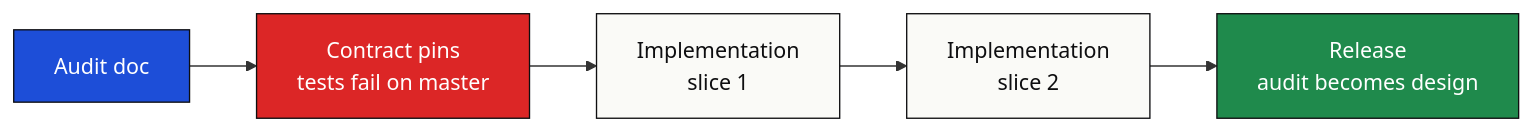
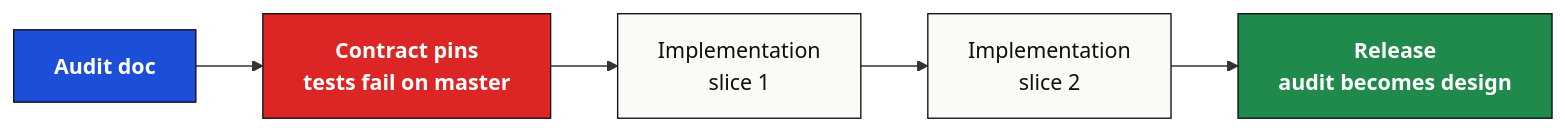
The ninth of 9 diagrams in site_docs/architecture/index.md (MuteJester/GenAIRR), drawn with Mermaid before and after one commit. The commit also changed other lines of this file and 1 other file, not shown here.

First line of the commit message:
mermaid: fix unreadable dark text on dark fills

````diff
--- a/site_docs/architecture/index.md
+++ b/site_docs/architecture/index.md
@@ -403,13 +427,17 @@
 ```mermaid
 flowchart LR
   A[Audit doc] --> B["Contract pins<br/>tests fail on master"]
   B --> C["Implementation<br/>slice 1"]
   C --> D["Implementation<br/>slice 2"]
   D --> E["Release<br/>audit becomes design"]
 
-  style A fill:#1d4ed8,stroke:#0e0e10,color:#fff
-  style B fill:#dc2626,stroke:#0e0e10,color:#fff
-  style C fill:#fafaf7,stroke:#0e0e10,color:#0e0e10
-  style D fill:#fafaf7,stroke:#0e0e10,color:#0e0e10
-  style E fill:#1f8a4c,stroke:#0e0e10,color:#fff
+  classDef accent fill:#1f8a4c,stroke:#0e0e10,color:#ffffff,font-weight:600;
+  classDef info fill:#1d4ed8,stroke:#0e0e10,color:#ffffff,font-weight:600;
+  classDef trace fill:#6e3a8e,stroke:#0e0e10,color:#ffffff,font-weight:600;
+  classDef warn fill:#dc2626,stroke:#0e0e10,color:#ffffff,font-weight:600;
+  classDef neutral fill:#fafaf7,stroke:#0e0e10,color:#0e0e10;
+  class A info;
+  class B warn;
+  class C,D neutral;
+  class E accent;
 ```
````
